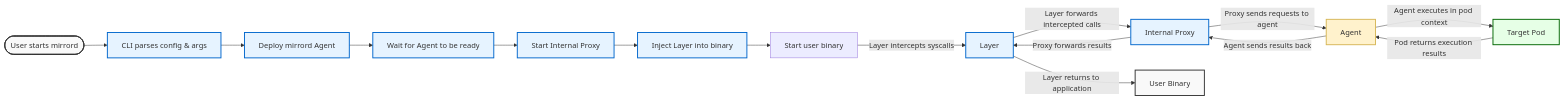
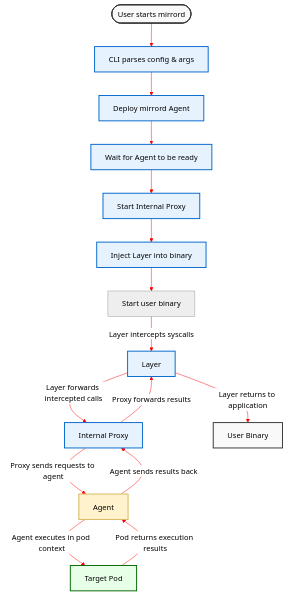
Before and after one commit to metalbear-co/mirrord: the second of 2 diagrams in CONTRIBUTING.md, drawn with Mermaid. The commit also changed other lines of this file and 2 other files, not shown here.

Commit message:
Improve diagrams. (#3237)
* Improve diagrams.

* fix link

* tb diagrams

* white background

* fix diagram

* use neutral theme

* line color

* variableS

* red lines everywhere

* changelog

````diff
--- a/CONTRIBUTING.md
+++ b/CONTRIBUTING.md
@@ -698,33 +699,34 @@
 ```mermaid
-flowchart LR
+%%{init: {'theme': 'neutral', 'themeVariables': {'lineColor': '#f00'}}}%%
+flowchart TB
     Start([User starts mirrord]) --> CLI[CLI parses config & args]
     CLI --> Deploy[Deploy mirrord Agent]
     Deploy --> WaitAgent[Wait for Agent to be ready]
 
     WaitAgent --> StartProxy[Start Internal Proxy]
     StartProxy --> InjectLayer[Inject Layer into binary]
 
     InjectLayer --> StartBinary[Start user binary]
 
     StartBinary --> |"Layer intercepts syscalls"| Layer
     Layer --> |"Layer forwards intercepted calls"| IntProxy[Internal Proxy]
     IntProxy --> |"Proxy sends requests to agent"| Agent
 
     Agent --> |"Agent executes in pod context"| Pod[Target Pod]
     Pod --> |"Pod returns execution results"| Agent
     Agent --> |"Agent sends results back"| IntProxy
     IntProxy --> |"Proxy forwards results"| Layer
     Layer --> |"Layer returns to application"| Binary[User Binary]
 
     style Start fill:#f9f9f9,stroke:#333,stroke-width:2px
     style CLI fill:#e6f3ff,stroke:#0066cc,stroke-width:2px
     style Deploy fill:#e6f3ff,stroke:#0066cc,stroke-width:2px
     style WaitAgent fill:#e6f3ff,stroke:#0066cc,stroke-width:2px
     style StartProxy fill:#e6f3ff,stroke:#0066cc,stroke-width:2px
     style InjectLayer fill:#e6f3ff,stroke:#0066cc,stroke-width:2px
     style Layer fill:#e6f3ff,stroke:#0066cc,stroke-width:2px
     style IntProxy fill:#e6f3ff,stroke:#0066cc,stroke-width:2px
     style Agent fill:#fff2cc,stroke:#d6b656,stroke-width:2px
     style Pod fill:#e6ffe6,stroke:#006600,stroke-width:2px
     style Binary fill:#f9f9f9,stroke:#333,stroke-width:2px
 ```
````
